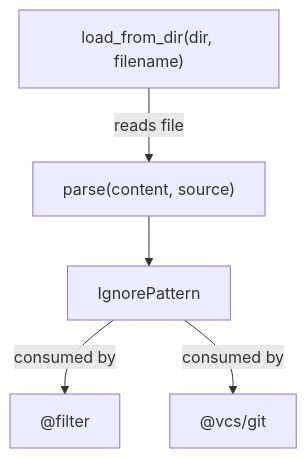
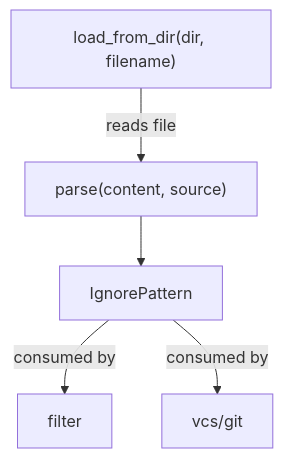
The diagram in .indexion/wiki/src-ignorefile.md (pogin503/indexion), drawn with Mermaid before and after one commit. The commit also changed 15 other files, not shown here.

First line of the commit message:
fix: remove @ from Mermaid node labels for GitHub Wiki rendering

````diff
--- a/.indexion/wiki/src-ignorefile.md
+++ b/.indexion/wiki/src-ignorefile.md
@@ -7,7 +7,7 @@
 ```mermaid
 graph TD
     parse["parse(content, source)"] --> IgnorePattern
     load_from_dir["load_from_dir(dir, filename)"] -->|reads file| parse
-    IgnorePattern -->|consumed by| filter["@filter"]
-    IgnorePattern -->|consumed by| vcs_git["@vcs/git"]
+    IgnorePattern -->|consumed by| filter["filter"]
+    IgnorePattern -->|consumed by| vcs_git["vcs/git"]
 ```
````
